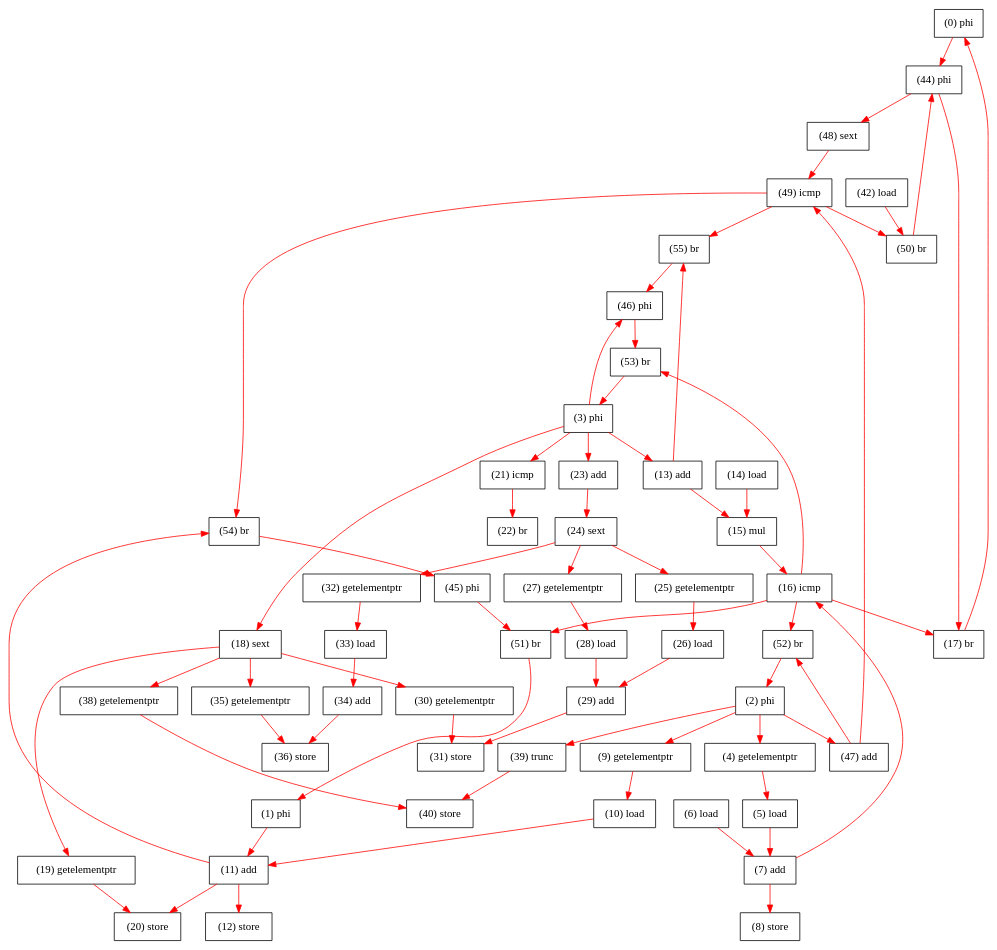
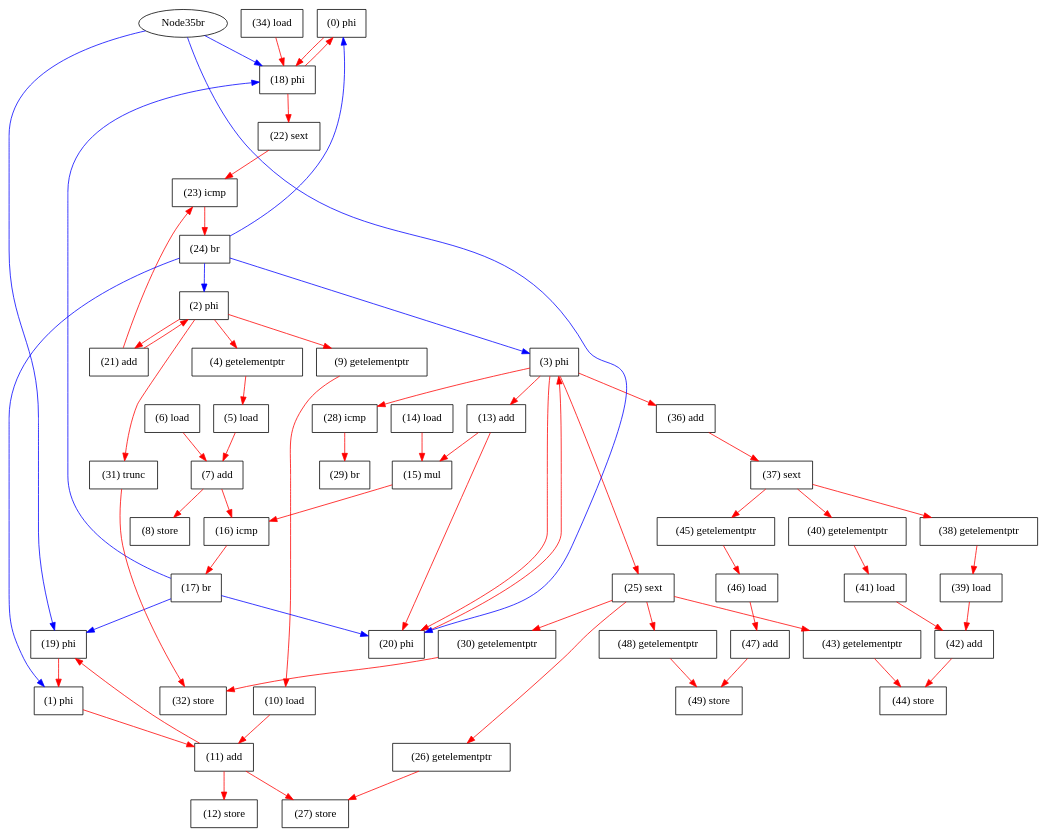
Before and after one commit to tancheng/g-fpin: the diagram in benchmark/is/for/kernel_org.dot, drawn with Graphviz. The commit also changed 34 other files, not shown here.

```diff
--- a/benchmark/is/for/kernel_org.dot
+++ b/benchmark/is/for/kernel_org.dot
@@ -1,125 +1,119 @@
 digraph "DFG for'kernel' function" {
 	Node0phi[shape=record, label="(0) phi"];
 	Node1phi[shape=record, label="(1) phi"];
 	Node2phi[shape=record, label="(2) phi"];
 	Node3phi[shape=record, label="(3) phi"];
 	Node4getelementptr[shape=record, label="(4) getelementptr"];
 	Node5load[shape=record, label="(5) load"];
 	Node6load[shape=record, label="(6) load"];
 	Node7add[shape=record, label="(7) add"];
 	Node8store[shape=record, label="(8) store"];
 	Node9getelementptr[shape=record, label="(9) getelementptr"];
 	Node10load[shape=record, label="(10) load"];
 	Node11add[shape=record, label="(11) add"];
 	Node12store[shape=record, label="(12) store"];
 	Node13add[shape=record, label="(13) add"];
 	Node14load[shape=record, label="(14) load"];
 	Node15mul[shape=record, label="(15) mul"];
 	Node16icmp[shape=record, label="(16) icmp"];
 	Node17br[shape=record, label="(17) br"];
-	Node18sext[shape=record, label="(18) sext"];
-	Node19getelementptr[shape=record, label="(19) getelementptr"];
-	Node20store[shape=record, label="(20) store"];
-	Node21icmp[shape=record, label="(21) icmp"];
-	Node22br[shape=record, label="(22) br"];
-	Node23add[shape=record, label="(23) add"];
-	Node24sext[shape=record, label="(24) sext"];
-	Node25getelementptr[shape=record, label="(25) getelementptr"];
-	Node26load[shape=record, label="(26) load"];
-	Node27getelementptr[shape=record, label="(27) getelementptr"];
-	Node28load[shape=record, label="(28) load"];
-	Node29add[shape=record, label="(29) add"];
+	Node18phi[shape=record, label="(18) phi"];
+	Node19phi[shape=record, label="(19) phi"];
+	Node20phi[shape=record, label="(20) phi"];
+	Node21add[shape=record, label="(21) add"];
+	Node22sext[shape=record, label="(22) sext"];
+	Node23icmp[shape=record, label="(23) icmp"];
+	Node24br[shape=record, label="(24) br"];
+	Node25sext[shape=record, label="(25) sext"];
+	Node26getelementptr[shape=record, label="(26) getelementptr"];
+	Node27store[shape=record, label="(27) store"];
+	Node28icmp[shape=record, label="(28) icmp"];
+	Node29br[shape=record, label="(29) br"];
 	Node30getelementptr[shape=record, label="(30) getelementptr"];
-	Node31store[shape=record, label="(31) store"];
-	Node32getelementptr[shape=record, label="(32) getelementptr"];
-	Node33load[shape=record, label="(33) load"];
-	Node34add[shape=record, label="(34) add"];
-	Node35getelementptr[shape=record, label="(35) getelementptr"];
-	Node36store[shape=record, label="(36) store"];
+	Node31trunc[shape=record, label="(31) trunc"];
+	Node32store[shape=record, label="(32) store"];
+	Node34load[shape=record, label="(34) load"];
+	Node36add[shape=record, label="(36) add"];
+	Node37sext[shape=record, label="(37) sext"];
 	Node38getelementptr[shape=record, label="(38) getelementptr"];
-	Node39trunc[shape=record, label="(39) trunc"];
-	Node40store[shape=record, label="(40) store"];
-	Node42load[shape=record, label="(42) load"];
-	Node44phi[shape=record, label="(44) phi"];
-	Node45phi[shape=record, label="(45) phi"];
-	Node46phi[shape=record, label="(46) phi"];
+	Node39load[shape=record, label="(39) load"];
+	Node40getelementptr[shape=record, label="(40) getelementptr"];
+	Node41load[shape=record, label="(41) load"];
+	Node42add[shape=record, label="(42) add"];
+	Node43getelementptr[shape=record, label="(43) getelementptr"];
+	Node44store[shape=record, label="(44) store"];
+	Node45getelementptr[shape=record, label="(45) getelementptr"];
+	Node46load[shape=record, label="(46) load"];
 	Node47add[shape=record, label="(47) add"];
-	Node48sext[shape=record, label="(48) sext"];
-	Node49icmp[shape=record, label="(49) icmp"];
-	Node50br[shape=record, label="(50) br"];
-	Node51br[shape=record, label="(51) br"];
-	Node52br[shape=record, label="(52) br"];
-	Node53br[shape=record, label="(53) br"];
-	Node54br[shape=record, label="(54) br"];
-	Node55br[shape=record, label="(55) br"];
+	Node48getelementptr[shape=record, label="(48) getelementptr"];
+	Node49store[shape=record, label="(49) store"];
+edge [color=blue]
+	Node17br -> Node18phi
+	Node17br -> Node19phi
+	Node17br -> Node20phi
+	Node35br -> Node18phi
+	Node35br -> Node19phi
+	Node35br -> Node20phi
+	Node24br -> Node0phi
+	Node24br -> Node1phi
+	Node24br -> Node2phi
+	Node24br -> Node3phi
 edge [color=red]
+	Node18phi -> Node0phi
+	Node19phi -> Node1phi
+	Node21add -> Node2phi
+	Node20phi -> Node3phi
 	Node2phi -> Node4getelementptr
 	Node4getelementptr -> Node5load
 	Node6load -> Node7add
 	Node5load -> Node7add
 	Node7add -> Node8store
 	Node2phi -> Node9getelementptr
 	Node9getelementptr -> Node10load
 	Node1phi -> Node11add
 	Node10load -> Node11add
 	Node11add -> Node12store
 	Node3phi -> Node13add
 	Node14load -> Node15mul
 	Node13add -> Node15mul
 	Node7add -> Node16icmp
 	Node15mul -> Node16icmp
 	Node16icmp -> Node17br
-	Node3phi -> Node18sext
-	Node18sext -> Node19getelementptr
-	Node11add -> Node20store
-	Node19getelementptr -> Node20store
-	Node3phi -> Node21icmp
-	Node21icmp -> Node22br
-	Node3phi -> Node23add
-	Node23add -> Node24sext
-	Node24sext -> Node25getelementptr
-	Node25getelementptr -> Node26load
-	Node24sext -> Node27getelementptr
-	Node27getelementptr -> Node28load
-	Node28load -> Node29add
-	Node26load -> Node29add
-	Node18sext -> Node30getelementptr
-	Node29add -> Node31store
-	Node30getelementptr -> Node31store
-	Node24sext -> Node32getelementptr
-	Node32getelementptr -> Node33load
-	Node33load -> Node34add
-	Node18sext -> Node35getelementptr
-	Node34add -> Node36store
-	Node35getelementptr -> Node36store
-	Node18sext -> Node38getelementptr
-	Node2phi -> Node39trunc
-	Node39trunc -> Node40store
-	Node38getelementptr -> Node40store
-	Node0phi -> Node44phi
-	Node3phi -> Node46phi
-	Node2phi -> Node47add
-	Node44phi -> Node48sext
-	Node47add -> Node49icmp
-	Node48sext -> Node49icmp
-	Node49icmp -> Node50br
-	Node16icmp -> Node51br
-	Node16icmp -> Node52br
-	Node16icmp -> Node53br
-	Node49icmp -> Node54br
-	Node49icmp -> Node55br
-	Node44phi -> Node17br
-	Node17br -> Node0phi
-	Node45phi -> Node51br
-	Node51br -> Node1phi
-	Node47add -> Node52br
-	Node52br -> Node2phi
-	Node46phi -> Node53br
-	Node53br -> Node3phi
-	Node42load -> Node50br
-	Node50br -> Node44phi
-	Node11add -> Node54br
-	Node54br -> Node45phi
-	Node13add -> Node55br
-	Node55br -> Node46phi
+	Node34load -> Node18phi
+	Node0phi -> Node18phi
+	Node11add -> Node19phi
+	Node13add -> Node20phi
+	Node3phi -> Node20phi
+	Node2phi -> Node21add
+	Node18phi -> Node22sext
+	Node21add -> Node23icmp
+	Node22sext -> Node23icmp
+	Node23icmp -> Node24br
+	Node3phi -> Node25sext
+	Node25sext -> Node26getelementptr
+	Node11add -> Node27store
+	Node26getelementptr -> Node27store
+	Node3phi -> Node28icmp
+	Node28icmp -> Node29br
+	Node25sext -> Node30getelementptr
+	Node2phi -> Node31trunc
+	Node31trunc -> Node32store
+	Node30getelementptr -> Node32store
+	Node3phi -> Node36add
+	Node36add -> Node37sext
+	Node37sext -> Node38getelementptr
+	Node38getelementptr -> Node39load
+	Node37sext -> Node40getelementptr
+	Node40getelementptr -> Node41load
+	Node41load -> Node42add
+	Node39load -> Node42add
+	Node25sext -> Node43getelementptr
+	Node42add -> Node44store
+	Node43getelementptr -> Node44store
+	Node37sext -> Node45getelementptr
+	Node45getelementptr -> Node46load
+	Node46load -> Node47add
+	Node25sext -> Node48getelementptr
+	Node47add -> Node49store
+	Node48getelementptr -> Node49store
 }
```
